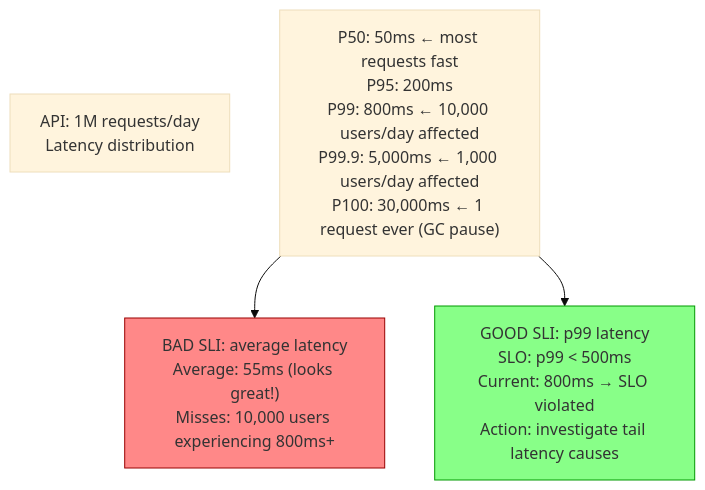
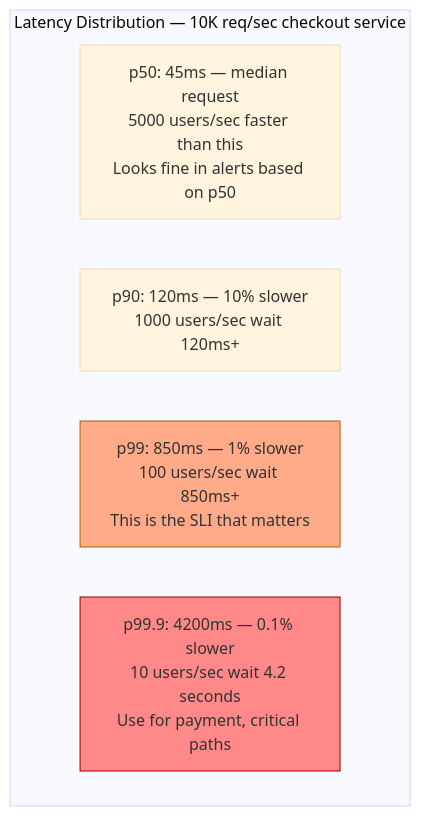
Before and after one commit to gauravprwl14/system-design-course: the seventh of 13 diagrams in docs-site/content/12-interview-prep/question-bank/observability-sre/slo-sla-error-budgets.md, drawn with Mermaid (base theme). The commit also changed other lines of this file and 3 other files, not shown here.

Commit message:
feat(question-bank): mobile-architecture COMPLETE (offline-first-sync + mobile-app-architecture)

````diff
--- a/docs-site/content/12-interview-prep/question-bank/observability-sre/slo-sla-error-budgets.md
+++ b/docs-site/content/12-interview-prep/question-bank/observability-sre/slo-sla-error-budgets.md
@@ -171,15 +236,12 @@
 ```mermaid
 graph TD
-  Service["API: 1M requests/day\nLatency distribution"]
+  subgraph Distribution["Latency Distribution — 10K req/sec checkout service"]
+    P50["p50: 45ms — median request\n5000 users/sec faster than this\nLooks fine in alerts based on p50"]
+    P90["p90: 120ms — 10% slower\n1000 users/sec wait 120ms+"]
+    P99["p99: 850ms — 1% slower\n100 users/sec wait 850ms+\nThis is the SLI that matters"]
+    P999["p99.9: 4200ms — 0.1% slower\n10 users/sec wait 4.2 seconds\nUse for payment, critical paths"]
+  end
 
-  Dist["P50: 50ms ← most requests fast\nP95: 200ms\nP99: 800ms ← 10,000 users/day affected\nP99.9: 5,000ms ← 1,000 users/day affected\nP100: 30,000ms ← 1 request ever (GC pause)"]
-
-  SLI_Bad["BAD SLI: average latency\nAverage: 55ms (looks great!)\nMisses: 10,000 users experiencing 800ms+"]
-
-  SLI_Good["GOOD SLI: p99 latency\nSLO: p99 < 500ms\nCurrent: 800ms → SLO violated\nAction: investigate tail latency causes"]
-
-  Dist --> SLI_Bad & SLI_Good
-
-  style SLI_Bad fill:#f88,stroke:#900
-  style SLI_Good fill:#8f8,stroke:#090
+  style P99 fill:#fa8,stroke:#a60
+  style P999 fill:#f88,stroke:#900
 ```
````
